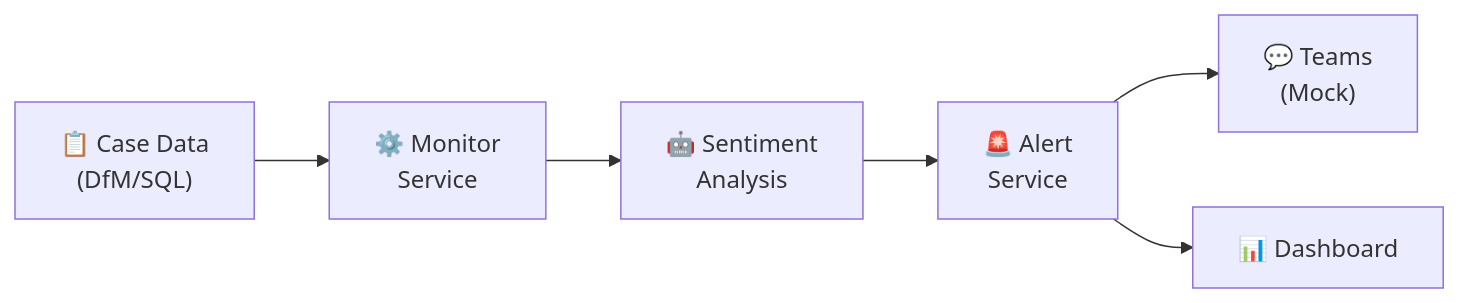
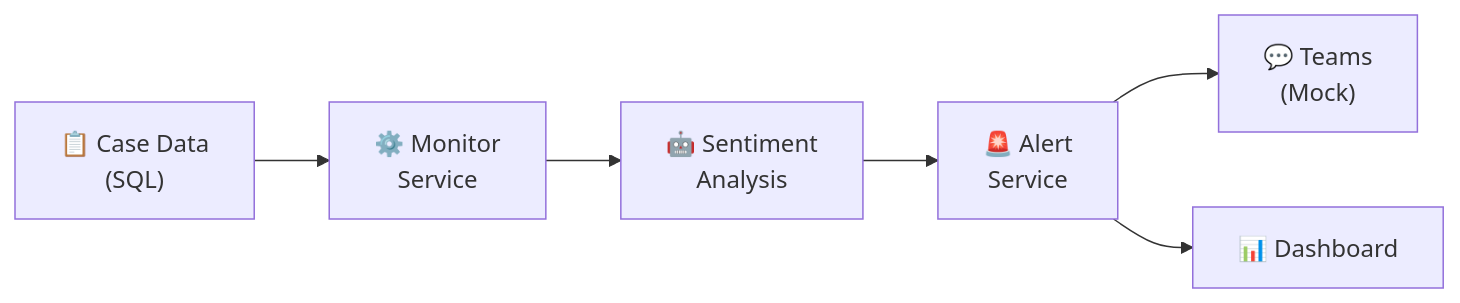
Before and after one commit to KyleMonteagudo/csat-guardian: the second of 2 diagrams in README.md, drawn with Mermaid. The commit also changed other lines of this file and 28 other files, not shown here.

````diff
--- a/README.md
+++ b/README.md
@@ -92,8 +52,8 @@
 ```mermaid
 flowchart LR
-    A["📋 Case Data<br/>(DfM/SQL)"] --> B["⚙️ Monitor<br/>Service"]
+    A["📋 Case Data<br/>(SQL)"] --> B["⚙️ Monitor<br/>Service"]
     B --> C["🤖 Sentiment<br/>Analysis"]
     C --> D["🚨 Alert<br/>Service"]
     D --> E["💬 Teams<br/>(Mock)"]
     D --> F["📊 Dashboard"]
 ```
````
